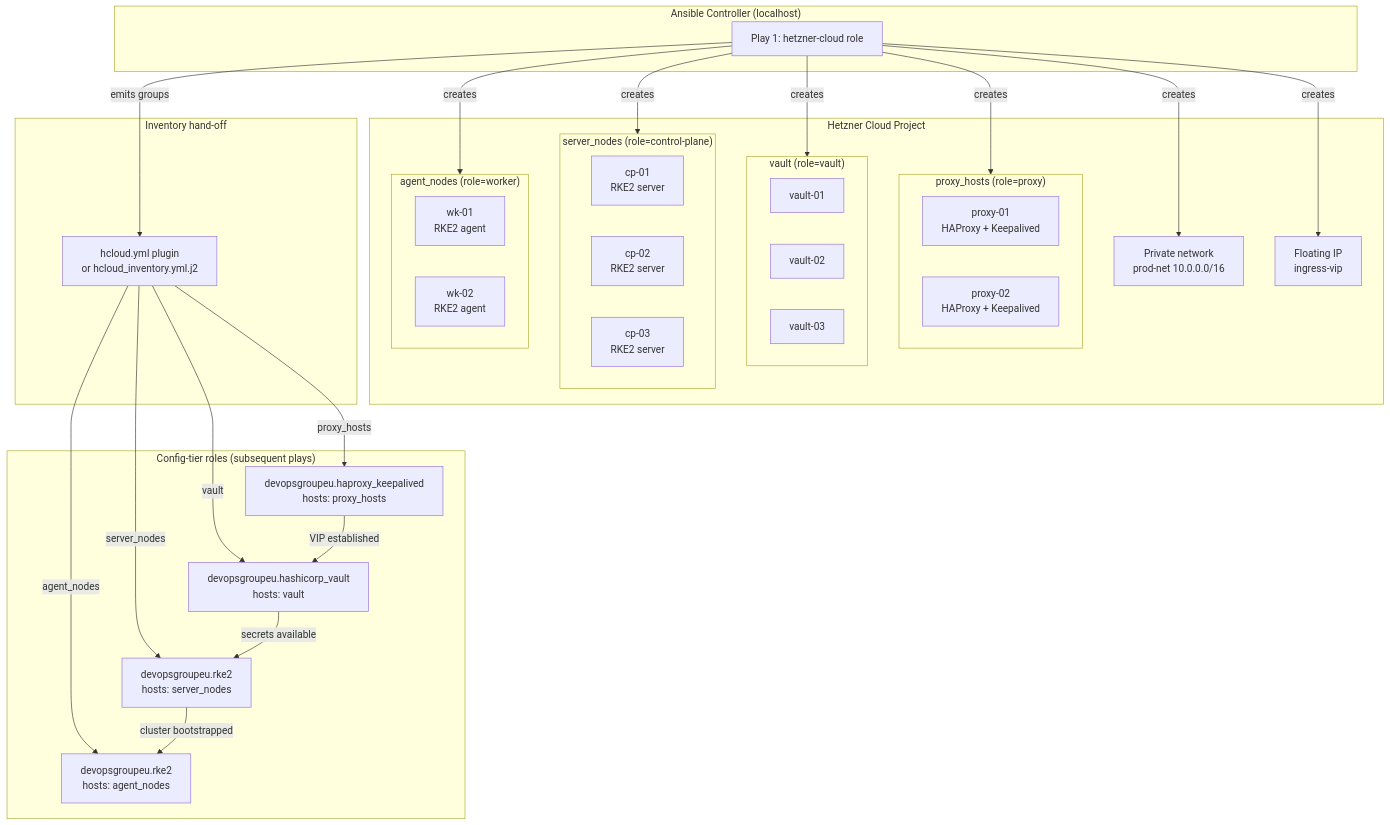
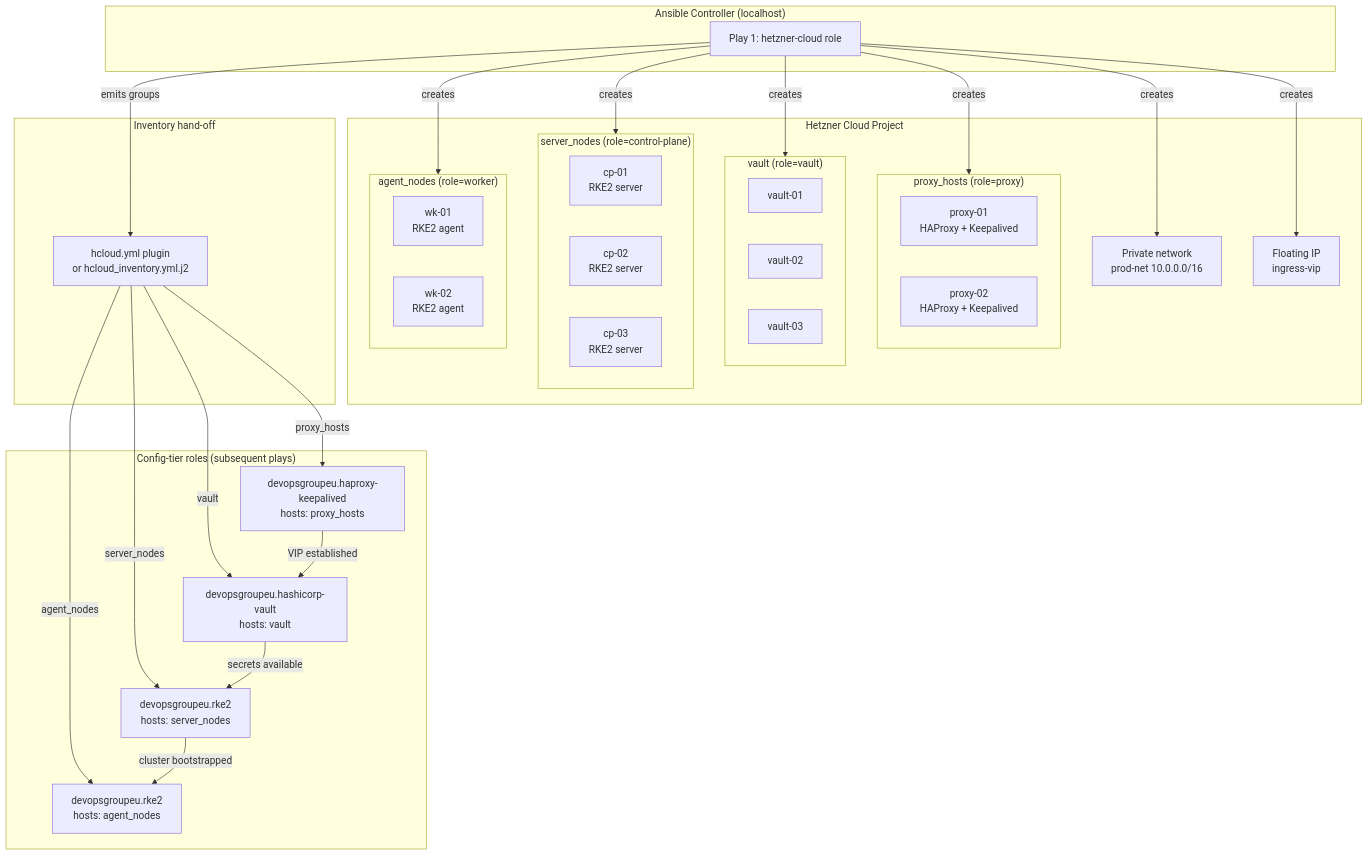
Before and after one commit to devopsgroupeu/ansible-role-hetzner-cloud: the diagram in docs/ARCHITECTURE.md, drawn with Mermaid. The commit also changed other lines of this file and 5 other files, not shown here.

````diff
--- a/docs/ARCHITECTURE.md
+++ b/docs/ARCHITECTURE.md
@@ -13,61 +13,61 @@
 ```mermaid
 flowchart TD
     subgraph Controller["Ansible Controller (localhost)"]
         play["Play 1: hetzner-cloud role"]
     end
 
     subgraph HCloud["Hetzner Cloud Project"]
         net["Private network<br/>prod-net 10.0.0.0/16"]
         fip["Floating IP<br/>ingress-vip"]
 
         subgraph proxy_group["proxy_hosts (role=proxy)"]
             px1["proxy-01<br/>HAProxy + Keepalived"]
             px2["proxy-02<br/>HAProxy + Keepalived"]
         end
 
         subgraph vault_group["vault (role=vault)"]
             v1["vault-01"]
             v2["vault-02"]
             v3["vault-03"]
         end
 
         subgraph cp_group["server_nodes (role=control-plane)"]
             cp1["cp-01<br/>RKE2 server"]
             cp2["cp-02<br/>RKE2 server"]
             cp3["cp-03<br/>RKE2 server"]
         end
 
         subgraph wk_group["agent_nodes (role=worker)"]
             wk1["wk-01<br/>RKE2 agent"]
             wk2["wk-02<br/>RKE2 agent"]
         end
     end
 
     subgraph Inventory["Inventory hand-off"]
         inv["hcloud.yml plugin<br/>or hcloud_inventory.yml.j2"]
     end
 
     subgraph DownstreamRoles["Config-tier roles (subsequent plays)"]
-        r_haproxy["devopsgroupeu.haproxy_keepalived<br/>hosts: proxy_hosts"]
-        r_vault["devopsgroupeu.hashicorp_vault<br/>hosts: vault"]
+        r_haproxy["devopsgroupeu.haproxy-keepalived<br/>hosts: proxy_hosts"]
+        r_vault["devopsgroupeu.hashicorp-vault<br/>hosts: vault"]
         r_rke2_srv["devopsgroupeu.rke2<br/>hosts: server_nodes"]
         r_rke2_agent["devopsgroupeu.rke2<br/>hosts: agent_nodes"]
     end
 
     play -->|"creates"| net
     play -->|"creates"| fip
     play -->|"creates"| proxy_group
     play -->|"creates"| vault_group
     play -->|"creates"| cp_group
     play -->|"creates"| wk_group
     play -->|"emits groups"| inv
 
     inv -->|"server_nodes"| r_rke2_srv
     inv -->|"agent_nodes"| r_rke2_agent
     inv -->|"proxy_hosts"| r_haproxy
     inv -->|"vault"| r_vault
 
     r_haproxy -->|"VIP established"| r_vault
     r_vault -->|"secrets available"| r_rke2_srv
     r_rke2_srv -->|"cluster bootstrapped"| r_rke2_agent
 ```
````
